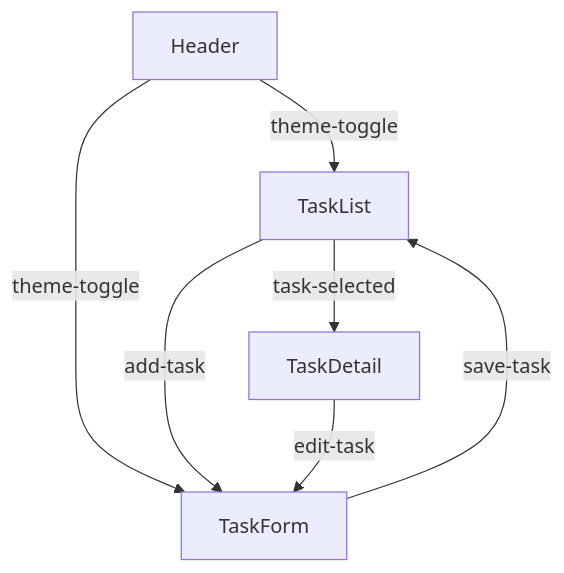
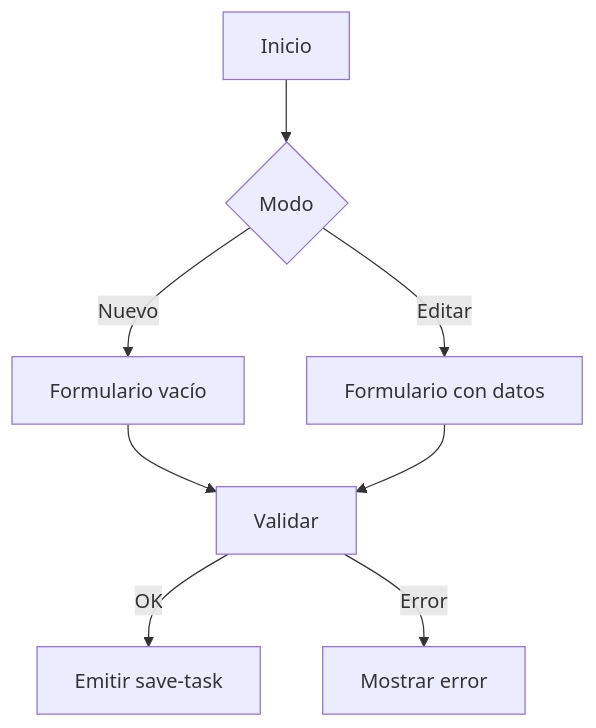
The fourth of 4 diagrams in task-manager/docs/guia-tecnica.md (GiovannyGuso/Lab_To_Do_List_LitELement), drawn with Mermaid before and after one commit. The commit also changed other lines of this file, not shown here.

````diff
--- a/task-manager/docs/guia-tecnica.md
+++ b/task-manager/docs/guia-tecnica.md
@@ -27,9 +83,10 @@
 ```mermaid
 flowchart TD
-    A[Header] -->|theme-toggle| B[TaskList]
-    A -->|theme-toggle| C[TaskForm]
-    B -->|add-task| C
-    B -->|task-selected| D[TaskDetail]
-    C -->|save-task| B
-    D -->|edit-task| C
+    A[Inicio] --> B{Modo}
+    B -->|Nuevo| C[Formulario vacío]
+    B -->|Editar| D[Formulario con datos]
+    C --> E[Validar]
+    D --> E
+    E -->|OK| F[Emitir save-task]
+    E -->|Error| G[Mostrar error]
 ```
````
